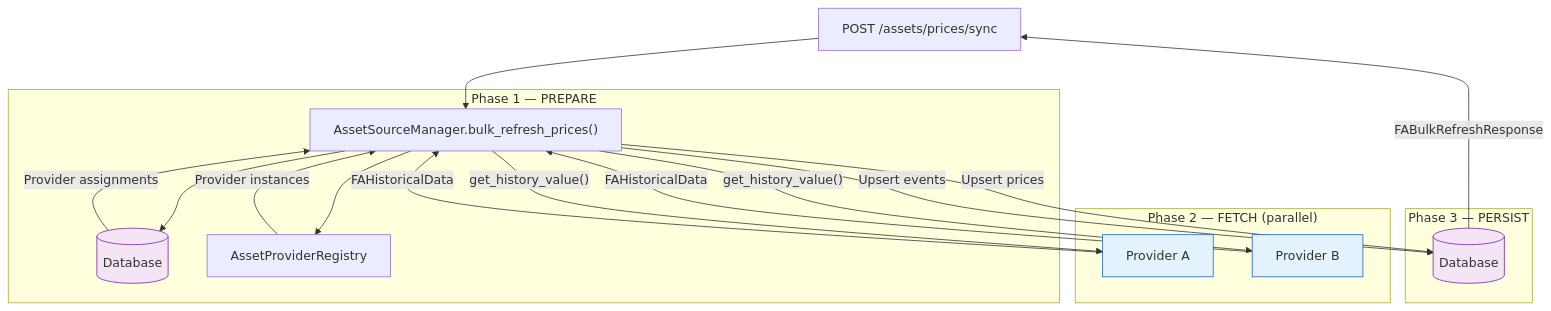
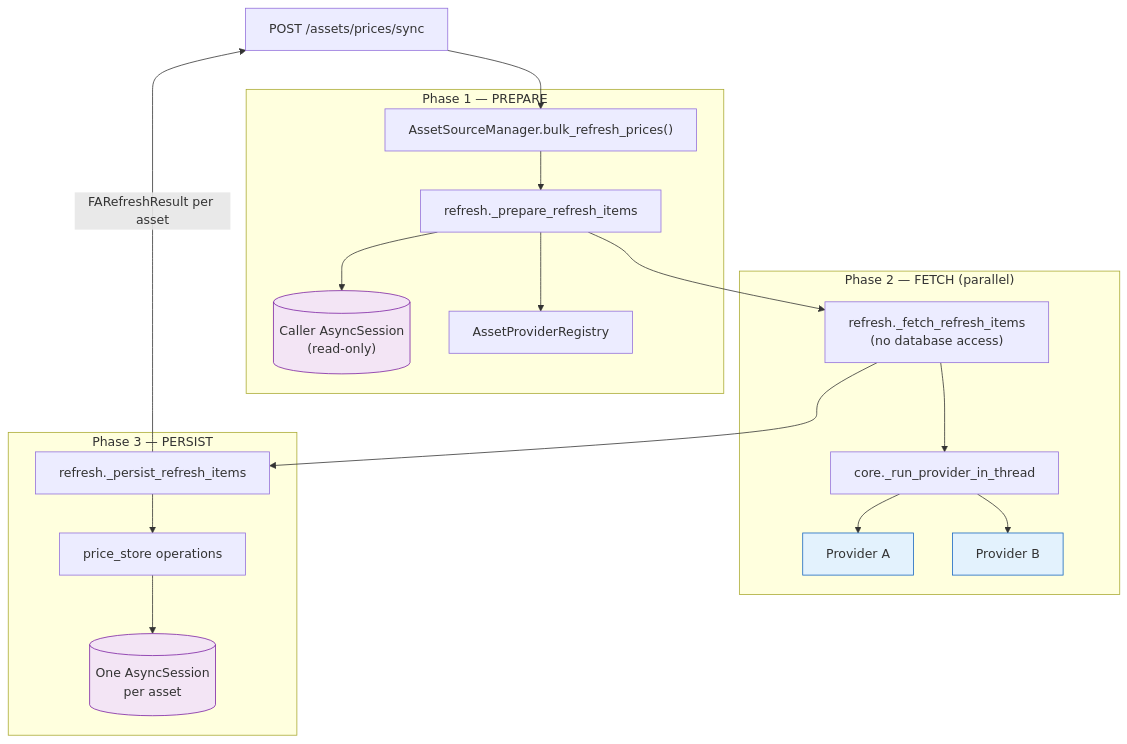
The first of 2 diagrams in mkdocs_src/docs/developer/backend/assets/architecture.md (Librefolio/LibreFolio), drawn with Mermaid before and after one commit. The commit also changed other lines of this file and 23 other files, not shown here.

````diff
--- a/mkdocs_src/docs/developer/backend/assets/architecture.md
+++ b/mkdocs_src/docs/developer/backend/assets/architecture.md
@@ -66,30 +106,30 @@
 ```mermaid
 graph TD
     API["POST /assets/prices/sync"] --> Manager["AssetSourceManager.bulk_refresh_prices()"]
 
     subgraph "Phase 1 — PREPARE"
-        Manager --> DB1[(Database)]
-        DB1 -- "Provider assignments" --> Manager
-        Manager --> Registry["AssetProviderRegistry"]
-        Registry -- "Provider instances" --> Manager
+        Manager --> Prepare["refresh._prepare_refresh_items"]
+        Prepare --> DB1[("Caller AsyncSession<br/>(read-only)")]
+        Prepare --> Registry["AssetProviderRegistry"]
     end
 
     subgraph "Phase 2 — FETCH (parallel)"
-        Manager -- "get_history_value()" --> P1["Provider A"]
-        Manager -- "get_history_value()" --> P2["Provider B"]
-        P1 -- "FAHistoricalData" --> Manager
-        P2 -- "FAHistoricalData" --> Manager
+        Prepare --> Fetch["refresh._fetch_refresh_items<br/>(no database access)"]
+        Fetch --> Thread["core._run_provider_in_thread"]
+        Thread --> P1["Provider A"]
+        Thread --> P2["Provider B"]
     end
 
     subgraph "Phase 3 — PERSIST"
-        Manager -- "Upsert prices" --> DB2[(Database)]
-        Manager -- "Upsert events" --> DB2
+        Fetch --> Persist["refresh._persist_refresh_items"]
+        Persist --> Store["price_store operations"]
+        Store --> DB2[("One AsyncSession<br/>per asset")]
     end
 
-    DB2 -- "FABulkRefreshResponse" --> API
+    Persist -- "FARefreshResult per asset" --> API
 
     style P1 fill:#e3f2fd,stroke:#1565c0
     style P2 fill:#e3f2fd,stroke:#1565c0
     style DB1 fill:#f3e5f5,stroke:#7b1fa2
     style DB2 fill:#f3e5f5,stroke:#7b1fa2
 ```
````
